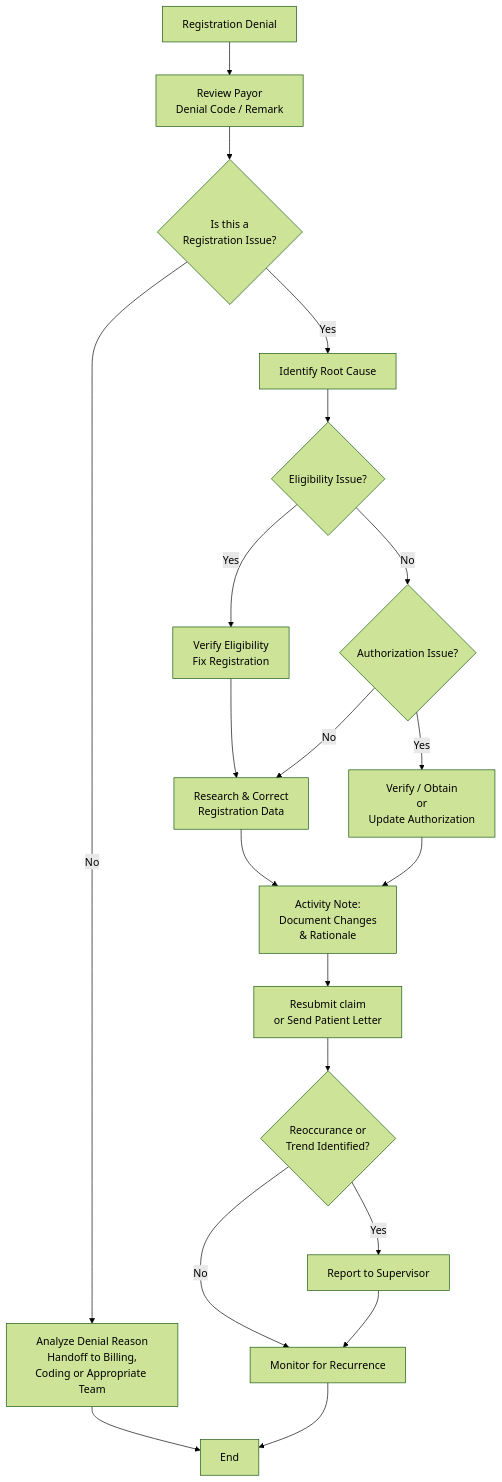
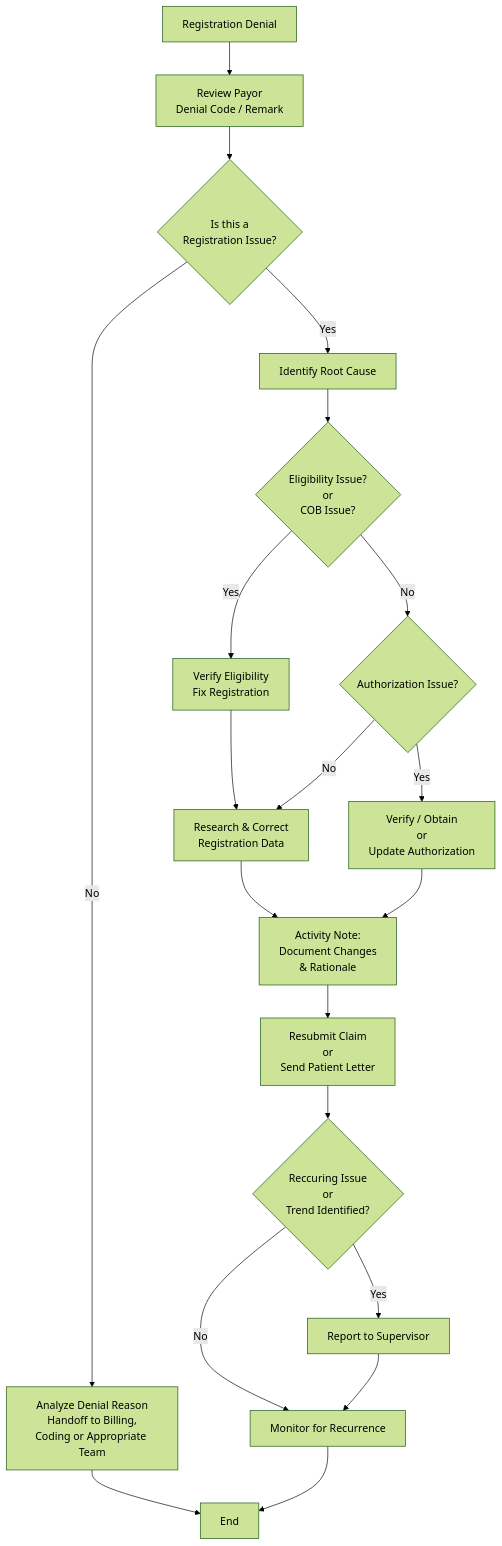
The diagram in workflows/registration-workflow.md (shainemeister/revenue-cycle-sop-and-workflow-framework), drawn with Mermaid (forest theme) before and after one commit.

Commit message:
Clarify eligibility issue decision node in workflow

````diff
--- a/workflows/registration-workflow.md
+++ b/workflows/registration-workflow.md
@@ -18,22 +18,22 @@
 ```mermaid
 flowchart TD
     A[Registration Denial] --> B[Review Payor<br />Denial Code / Remark]
     B --> C{Is this a<br/>Registration Issue?}
     C -->|No| D[Analyze Denial Reason<br />Handoff to Billing,<br/>Coding or Appropriate Team]
     C -->|Yes| E[Identify Root Cause]
-    E --> F{Eligibility Issue?}
+    E --> F{Eligibility Issue?<br/>or<br/>COB Issue?}
     F -->|Yes| G[Verify Eligibility<br/>Fix Registration]
     F -->|No| H{Authorization Issue?}
     G --> I[Research & Correct<br/>Registration Data]
-    H -->|Yes| J[Verify / Obtain<br />or<br/>Update Authorization]
+    H -->|Yes| J[Verify / Obtain<br/>or<br/>Update Authorization]
     H -->|No| I
     I --> K[Activity Note:<br />Document Changes<br/>& Rationale]
     J --> K
-    K --> L[Resubmit claim<br/>or Send Patient Letter]
-    L --> M{Reoccurance or<br/>Trend Identified?}
+    K --> L[Resubmit Claim<br/>or<br/>Send Patient Letter]
+    L --> M{Reccuring Issue<br/>or<br/>Trend Identified?}
     M -->|Yes| N[Report to Supervisor]
     M -->|No| O[Monitor for Recurrence]
     N --> O
     D --> P[End]
     O --> P
 ```
````
